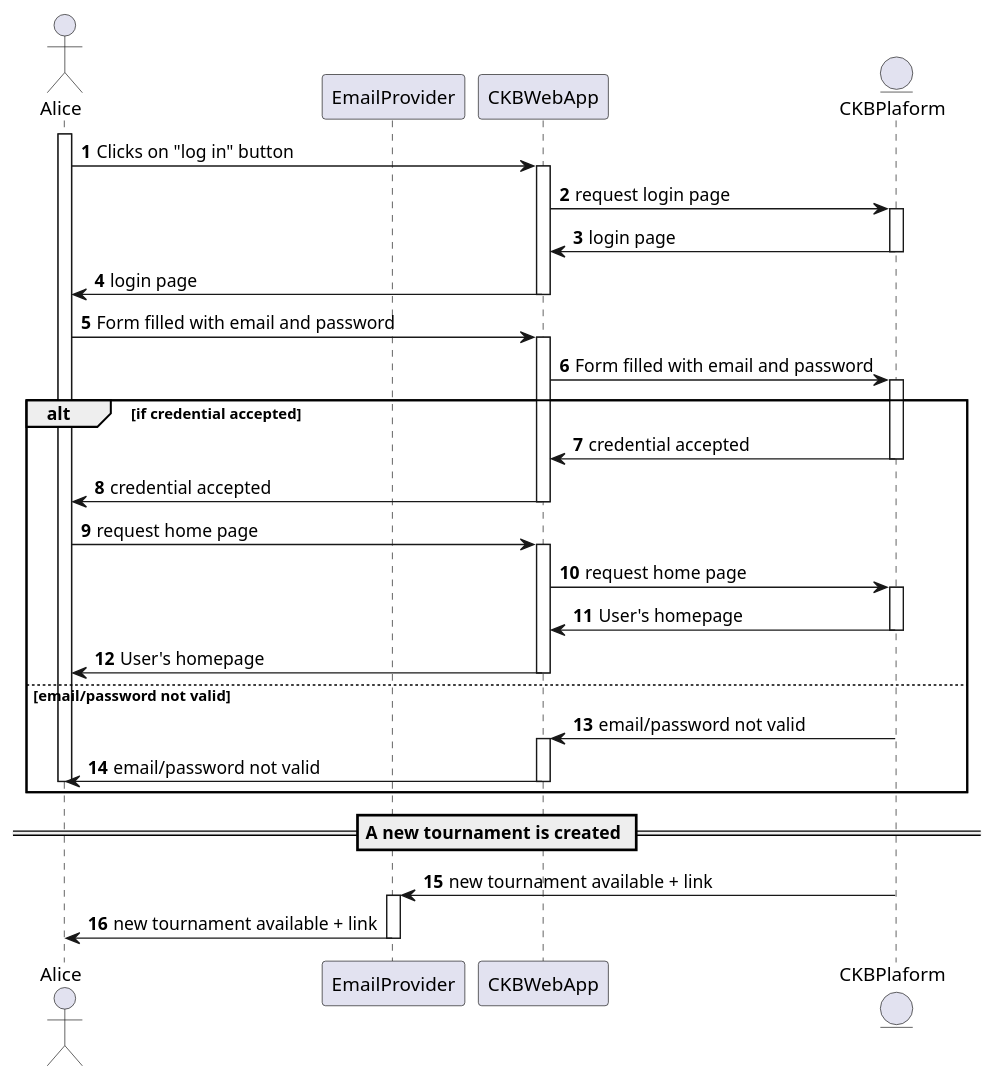
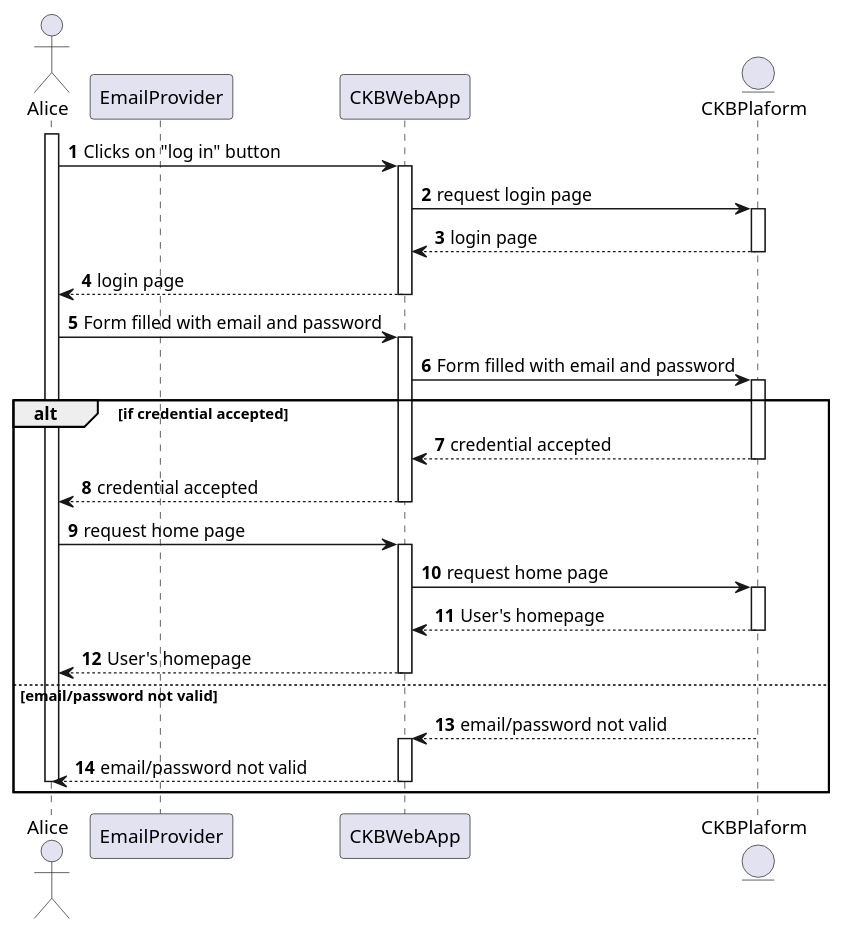
Before and after one commit to Angelo7672/SE2_Requirement-and-Design-Document: the diagram in _RASD/Images/UML/sequenceDiagram/sequenceDiagramUC2.wsd, drawn with PlantUML. The commit also changed 24 other files, not shown here.

Commit message:
sequence diagram fix

```diff
--- a/_RASD/Images/UML/sequenceDiagram/sequenceDiagramUC2.wsd
+++ b/_RASD/Images/UML/sequenceDiagram/sequenceDiagramUC2.wsd
@@ -1,56 +1,46 @@
 @startuml
 
 autonumber
 
 actor Alice
 participant EmailProvider as Email
 participant CKBWebApp as App
 entity CKBPlaform as Platform
 
 activate Alice
 Alice -> App: Clicks on "log in" button
 activate App
 App -> Platform: request login page
 activate Platform
-Platform -> App: login page
+Platform --> App: login page
 deactivate Platform
-App -> Alice: login page
+App --> Alice: login page
 deactivate App
 Alice -> App: Form filled with email and password
 activate App
 App -> Platform: Form filled with email and password
 activate Platform
 
 alt if credential accepted
-    Platform -> App: credential accepted
+    Platform --> App: credential accepted
     deactivate Platform
-    App -> Alice: credential accepted
+    App --> Alice: credential accepted
     deactivate App
     Alice -> App: request home page
     activate App
     App -> Platform: request home page
     activate Platform
-    Platform -> App: User's homepage
+    Platform --> App: User's homepage
     deactivate Platform
-    App -> Alice: User's homepage
+    App --> Alice: User's homepage
     deactivate App
 else email/password not valid
-    Platform -> App: email/password not valid
+    Platform --> App: email/password not valid
     deactivate Platform
     activate App
-    App -> Alice: email/password not valid
+    App --> Alice: email/password not valid
     deactivate App
     deactivate Alice
 end
 
-
-
-
-
-== A new tournament is created ==
-Platform -> Email: new tournament available + link
-activate Email
-Email -> Alice: new tournament available + link
-deactivate Email
-
 @enduml
```
